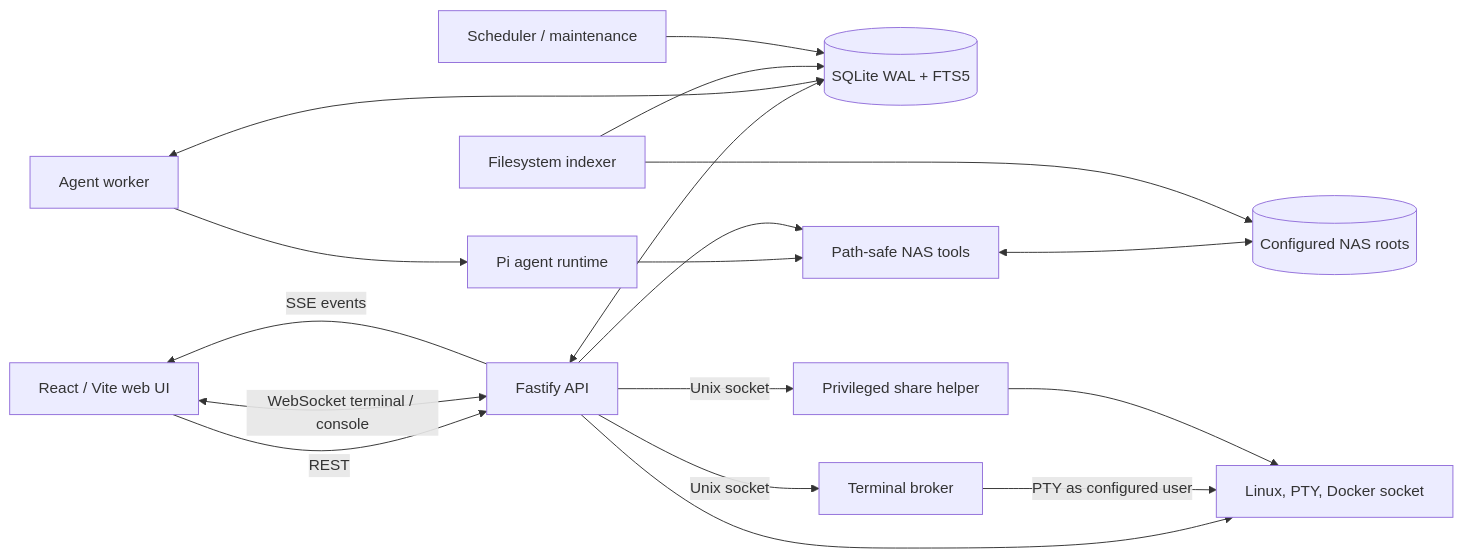
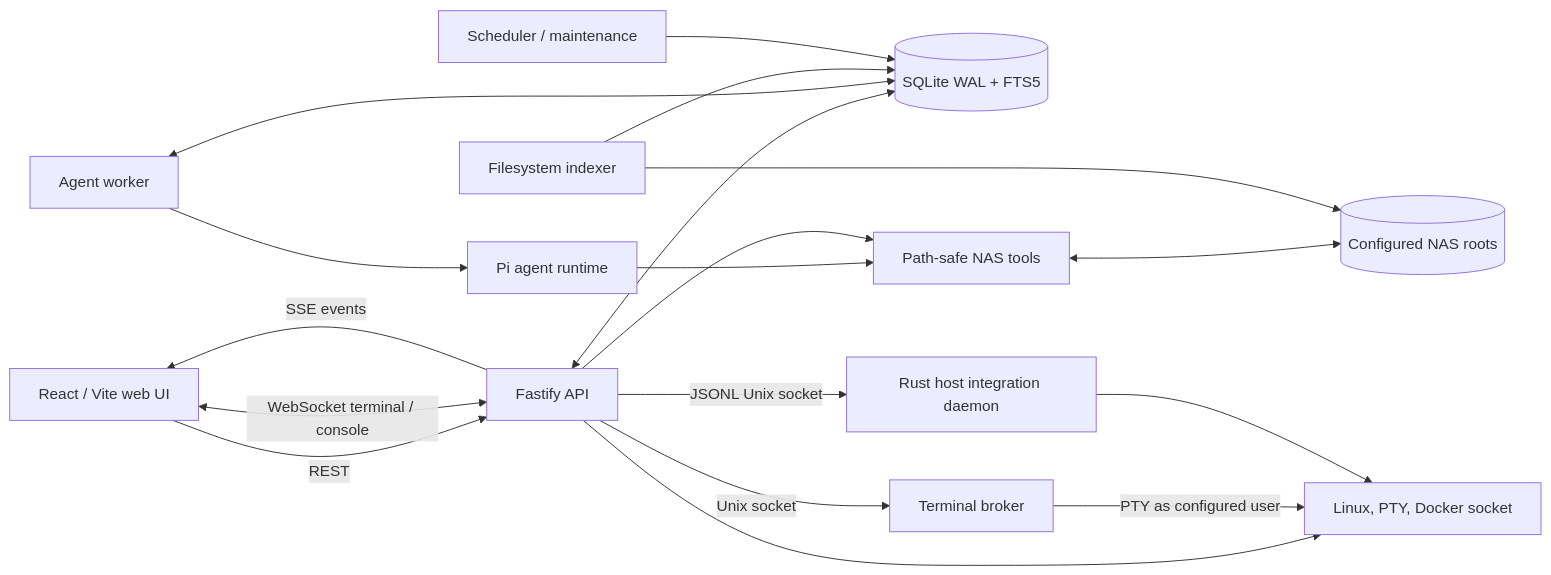
The diagram in README.md (zhubby/SigmaOS), drawn with Mermaid before and after one commit. The commit also changed other lines of this file and 117 other files, not shown here.

First line of the commit message:
feat(hostd): replace privileged share helper with Rust daemon

````diff
--- a/README.md
+++ b/README.md
@@ -69,32 +69,32 @@
 ```mermaid
 flowchart LR
   Browser["React / Vite web UI"]
   API["Fastify API"]
   DB[("SQLite WAL + FTS5")]
   Worker["Agent worker"]
   Agent["Pi agent runtime"]
   Indexer["Filesystem indexer"]
   Scheduler["Scheduler / maintenance"]
   Tools["Path-safe NAS tools"]
   Roots[("Configured NAS roots")]
   Host["Linux, PTY, Docker socket"]
-  Helper["Privileged share helper"]
+  Hostd["Rust host integration daemon"]
 
   Browser -->|REST| API
   API -->|SSE events| Browser
   Browser <-->|WebSocket terminal / console| API
   API <--> DB
   Worker <--> DB
   Worker --> Agent
   Agent --> Tools
   API --> Tools
   Tools <--> Roots
   Indexer --> Roots
   Indexer --> DB
   Scheduler --> DB
   API --> Host
   API -->|Unix socket| TerminalBroker[Terminal broker]
   TerminalBroker -->|PTY as configured user| Host
-  API -->|Unix socket| Helper
-  Helper --> Host
+  API -->|JSONL Unix socket| Hostd
+  Hostd --> Host
 ```
````
